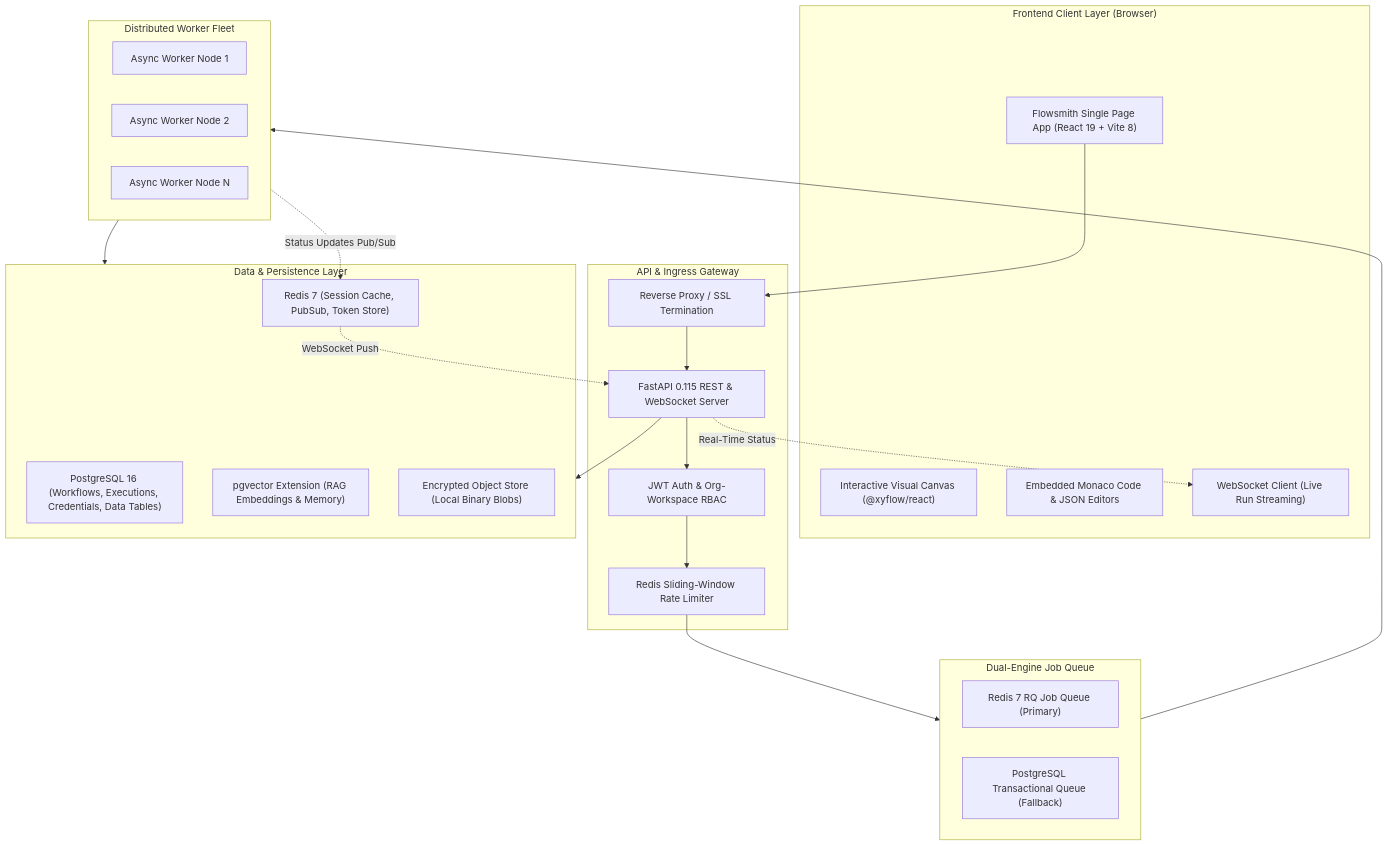
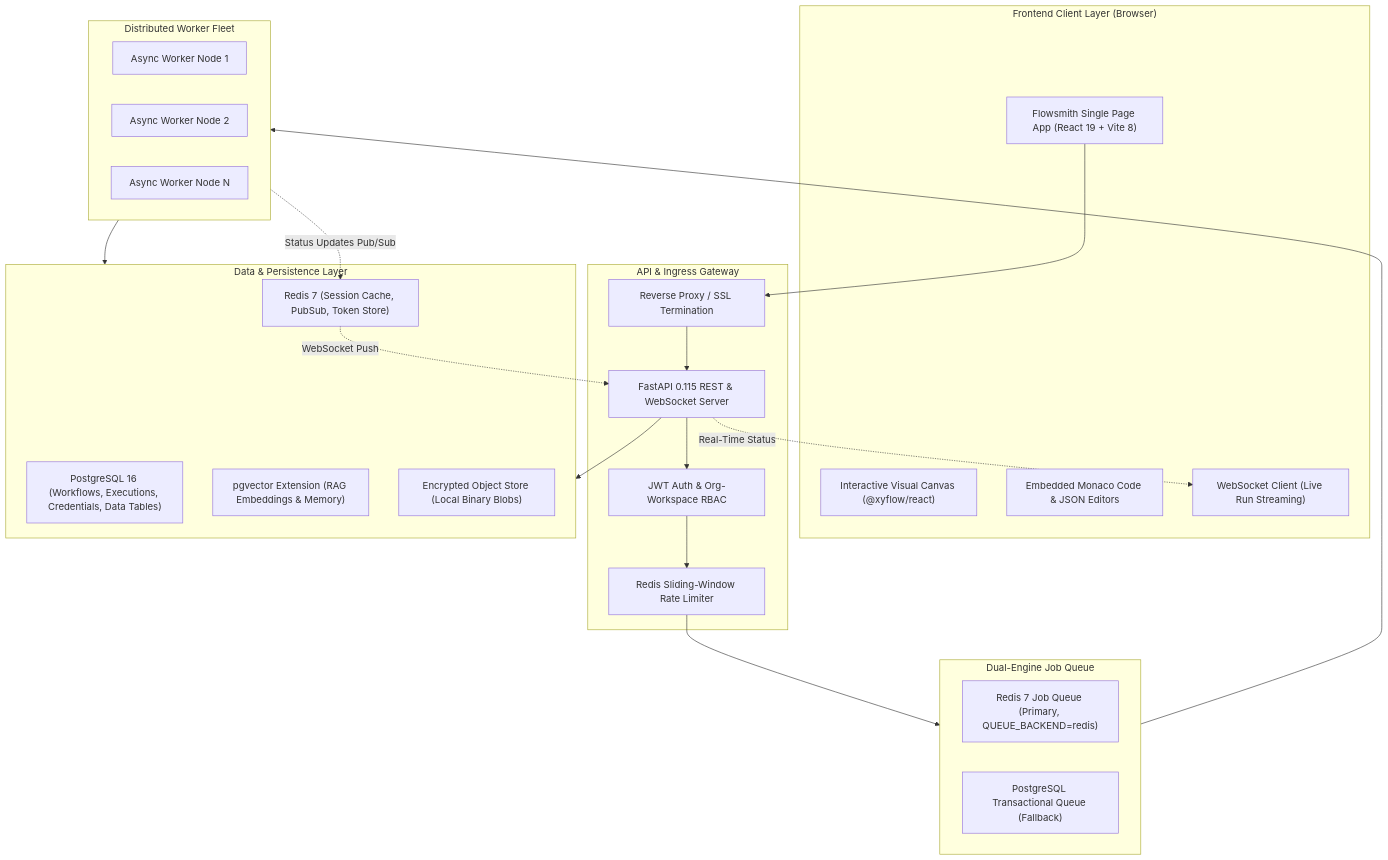
One commit to gauravsahoo-ops/Flowsmith changed the first of 2 diagrams in docs/ARCHITECTURE.md. Above: the diagram before and after it, drawn with Mermaid. The commit also changed other lines of this file and 131 other files, not shown here.

````diff
--- a/docs/ARCHITECTURE.md
+++ b/docs/ARCHITECTURE.md
@@ -14,46 +14,46 @@
 ```mermaid
 graph TB
     subgraph ClientLayer["Frontend Client Layer (Browser)"]
         SPA["Flowsmith Single Page App (React 19 + Vite 8)"]
         Canvas["Interactive Visual Canvas (@xyflow/react)"]
         Monaco["Embedded Monaco Code & JSON Editors"]
         WSClient["WebSocket Client (Live Run Streaming)"]
     end
 
     subgraph GatewayLayer["API & Ingress Gateway"]
         Nginx["Reverse Proxy / SSL Termination"]
         FastAPI["FastAPI 0.115 REST & WebSocket Server"]
         AuthMid["JWT Auth & Org-Workspace RBAC"]
         RateLimit["Redis Sliding-Window Rate Limiter"]
     end
 
     subgraph QueueLayer["Dual-Engine Job Queue"]
-        RedisQueue["Redis 7 RQ Job Queue (Primary)"]
+        RedisQueue["Redis 7 Job Queue (Primary, QUEUE_BACKEND=redis)"]
         DBQueue["PostgreSQL Transactional Queue (Fallback)"]
     end
 
     subgraph WorkerFleet["Distributed Worker Fleet"]
         Worker1["Async Worker Node 1"]
         Worker2["Async Worker Node 2"]
         WorkerN["Async Worker Node N"]
     end
 
     subgraph StorageLayer["Data & Persistence Layer"]
         PG["PostgreSQL 16 (Workflows, Executions, Credentials, Data Tables)"]
         PGVector["pgvector Extension (RAG Embeddings & Memory)"]
         ObjStore["Encrypted Object Store (Local Binary Blobs)"]
         RedisCache["Redis 7 (Session Cache, PubSub, Token Store)"]
     end
 
     SPA --> Nginx
     Nginx --> FastAPI
     FastAPI --> AuthMid
     AuthMid --> RateLimit
     RateLimit --> QueueLayer
     QueueLayer --> WorkerFleet
     WorkerFleet --> StorageLayer
     FastAPI --> StorageLayer
     WorkerFleet -.->|Status Updates Pub/Sub| RedisCache
     RedisCache -.->|WebSocket Push| FastAPI
     FastAPI -.->|Real-Time Status| WSClient
 ```
````
